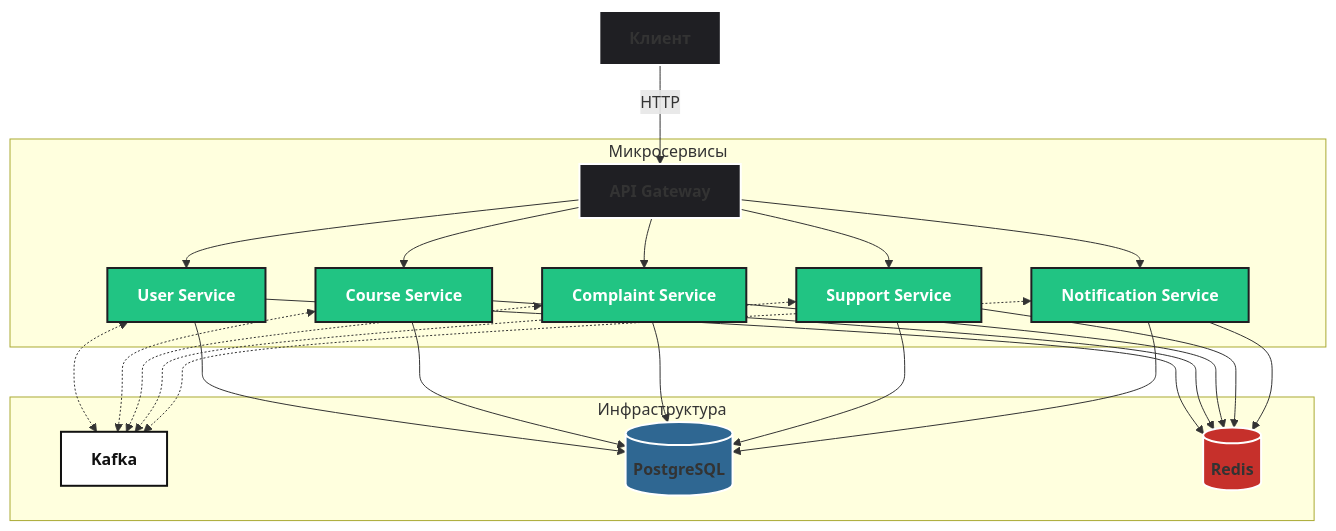
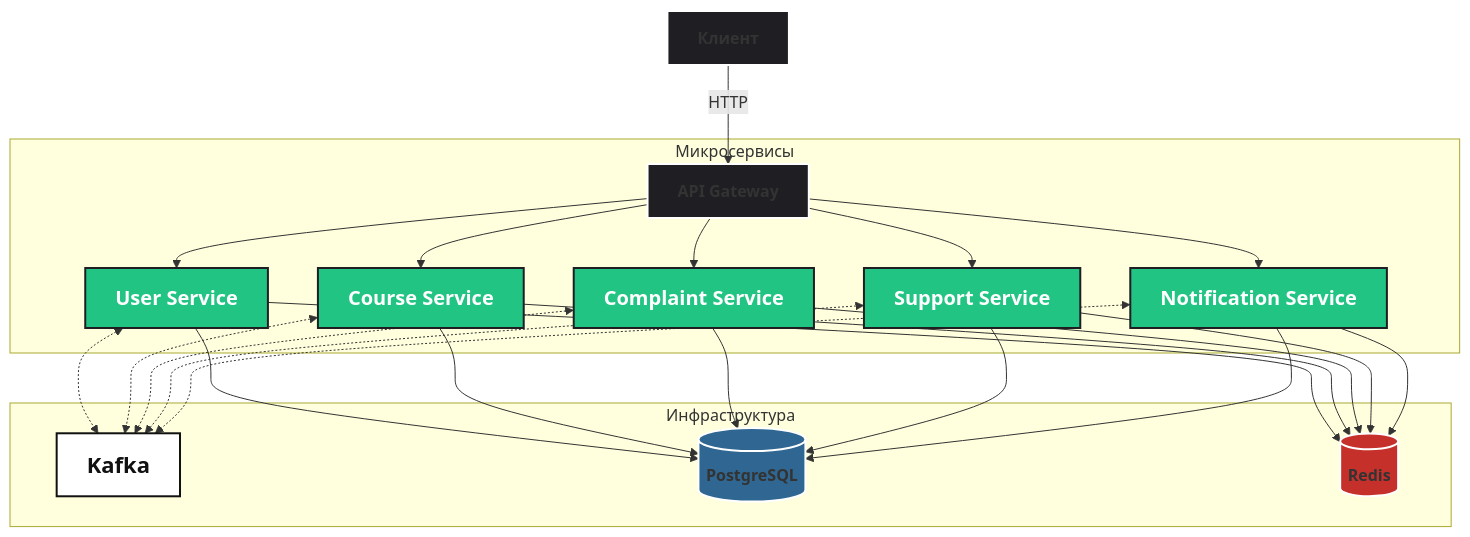
The diagram in README.md (Persdsr/Slay), drawn with Mermaid before and after one commit. The commit also changed 1 other file, not shown here.

Commit message:
readme update

````diff
--- a/README.md
+++ b/README.md
@@ -27,39 +27,39 @@
 ```mermaid
 flowchart TD
     A[Клиент] -->|HTTP| B[API Gateway]
 
     subgraph "Микросервисы"
         B --> C[User Service]
         B --> D[Course Service]
         B --> E[Complaint Service]
         B --> F[Support Service]
         B --> G[Notification Service]
     end
 
     subgraph "Инфраструктура"
         K[Kafka]
         DB[(PostgreSQL)]
         Redis[(Redis)]
     end
 
     C & D & E & F & G --> DB
     C & D & E & F & G --> Redis
 
     C <-.-> K
     D <-.-> K
     E <-.-> K
     F <-.-> K
     G <-.-> K
 
-    classDef service fill:#21c483, stroke:#1F1F23, color: #fff, font-weight: 900,stroke-width:2px;
-    classDef kafka fill:#fff, stroke:#111, color:#111, font-weight: 900,stroke-width:2px;
+    classDef service fill:#21c483, stroke:#1F1F23, color: #fff, font-weight: 900,stroke-width:2px, font-size: 12px, font-size: 20px;
+    classDef kafka fill:#fff, stroke:#111, color:#111, font-weight: 900,stroke-width:2px, font-size: 22px;
     classDef redis fill:#c6302b, stroke:#fff, font-weight: 900,stroke-width:2px;
     classDef db fill:#2f6792, stroke:#fff, font-weight: 900,stroke-width:2px;
     classDef base fill:#1F1F23, stroke:#fff, font-weight: 900,stroke-width:2px;
 
     class C,D,E,F,G service
     class Redis redis
     class K kafka
     class DB db
     class A,B base
 ```
````
